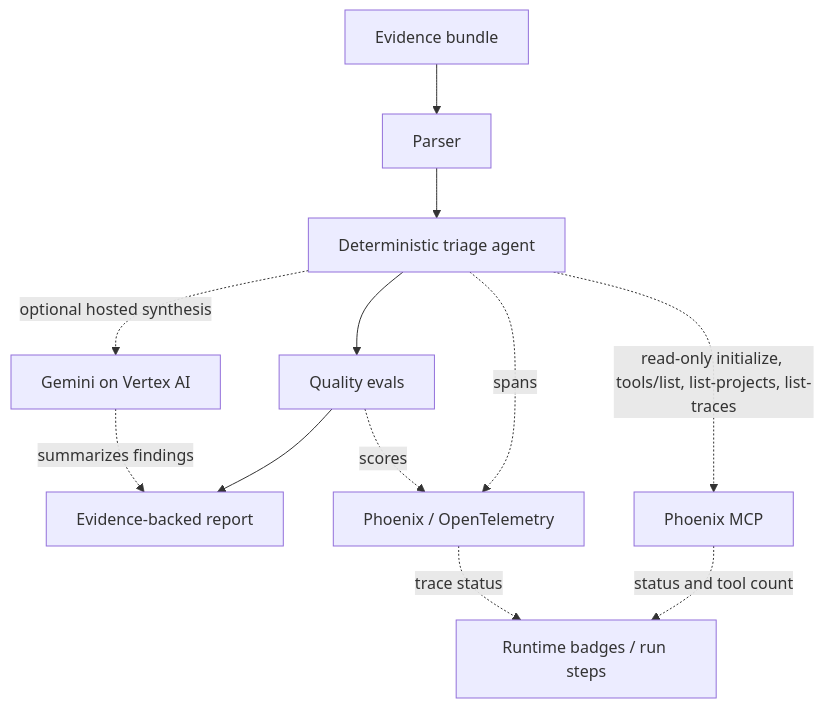
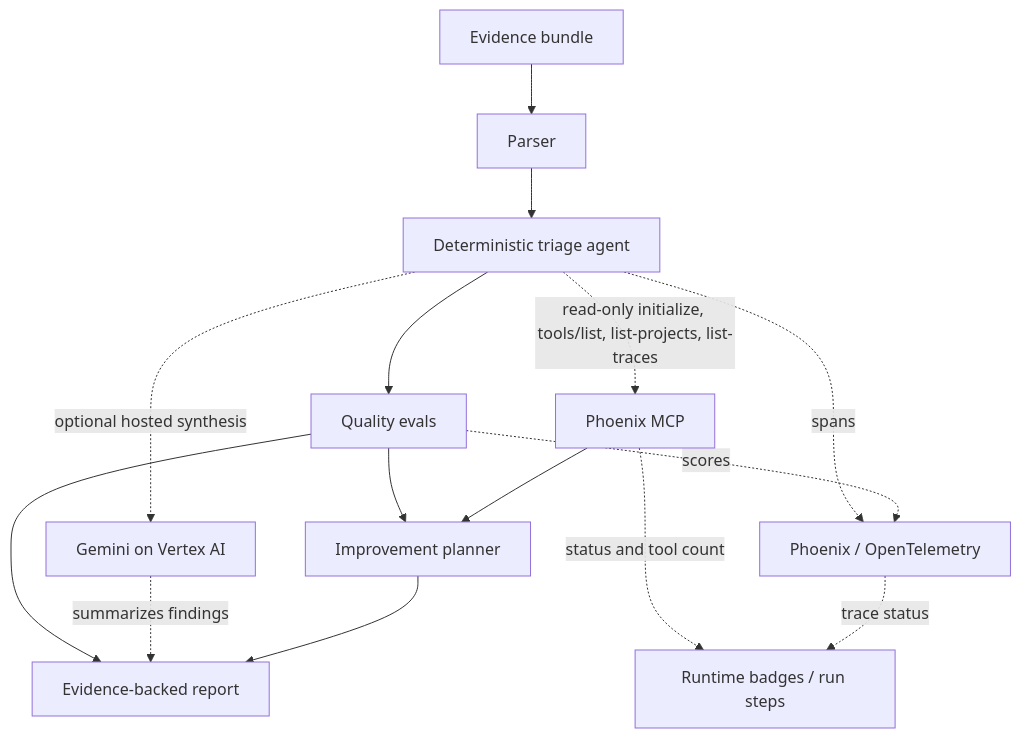
Before and after one commit to Lockelamoree/TraceGuard: the diagram in SUBMISSION.md, drawn with Mermaid. The commit also changed other lines of this file and 25 other files, not shown here.

````diff
--- a/SUBMISSION.md
+++ b/SUBMISSION.md
@@ -52,14 +52,17 @@
 ```mermaid
 flowchart TD
     evidence["Evidence bundle"] --> parser["Parser"]
     parser --> agent["Deterministic triage agent"]
     agent --> evals["Quality evals"]
     evals --> report["Evidence-backed report"]
     agent -. "optional hosted synthesis" .-> gemini["Gemini on Vertex AI"]
     gemini -. "summarizes findings" .-> report
     agent -. "spans" .-> phoenix["Phoenix / OpenTelemetry"]
     evals -. "scores" .-> phoenix
     agent -. "read-only initialize, tools/list, list-projects, list-traces" .-> mcp["Phoenix MCP"]
     mcp -. "status and tool count" .-> status["Runtime badges / run steps"]
     phoenix -. "trace status" .-> status
+    evals --> improve["Improvement planner"]
+    mcp --> improve
+    improve --> report
 ```
````
